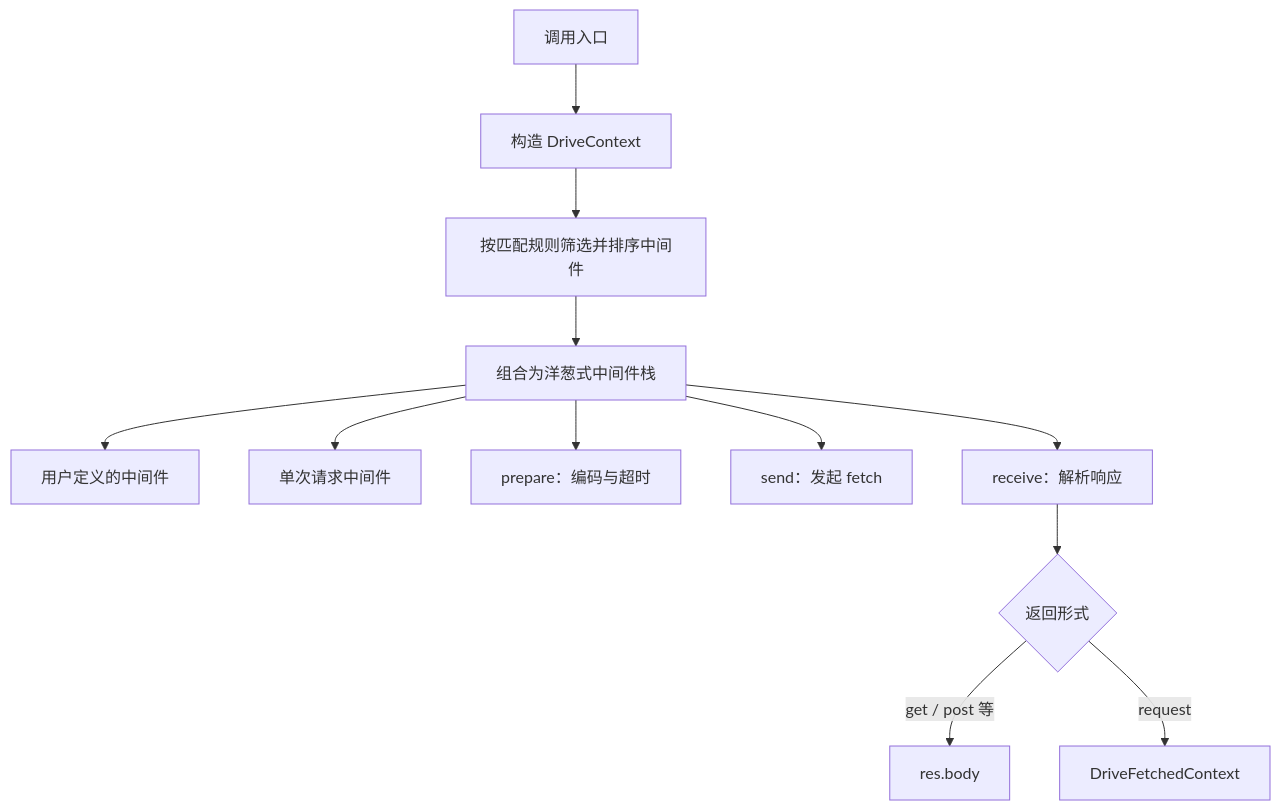
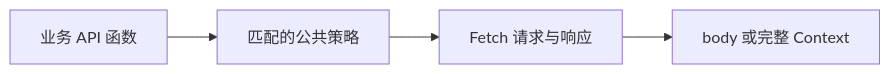
Before and after one commit to momojs/momo: the diagram in website/content/docs/drive/index.mdx, drawn with Mermaid. The commit also changed other lines of this file and 23 other files, not shown here.

Commit message:
feat(drive): refine request API and prepare alpha.4

````diff
--- a/website/content/docs/drive/index.mdx
+++ b/website/content/docs/drive/index.mdx
@@ -95,14 +73,6 @@
 ```mermaid
-flowchart TD
-  A["调用入口"] --> B["构造 DriveContext"]
-  B --> C["按匹配规则筛选并排序中间件"]
-  C --> D["组合为洋葱式中间件栈"]
-  D --> M1["用户定义的中间件"]
-  D --> M2["单次请求中间件"]
-  D --> M3["prepare：编码与超时"]
-  D --> M4["send：发起 fetch"]
-  D --> M5["receive：解析响应"]
-  M5 --> R{返回形式}
-  R -->|get / post 等| BODY["res.body"]
-  R -->|request| CTX["DriveFetchedContext"]
+flowchart LR
+  A["业务 API 函数"] --> B["匹配的公共策略"]
+  B --> C["Fetch 请求与响应"]
+  C --> D["body 或完整 Context"]
 ```
````
